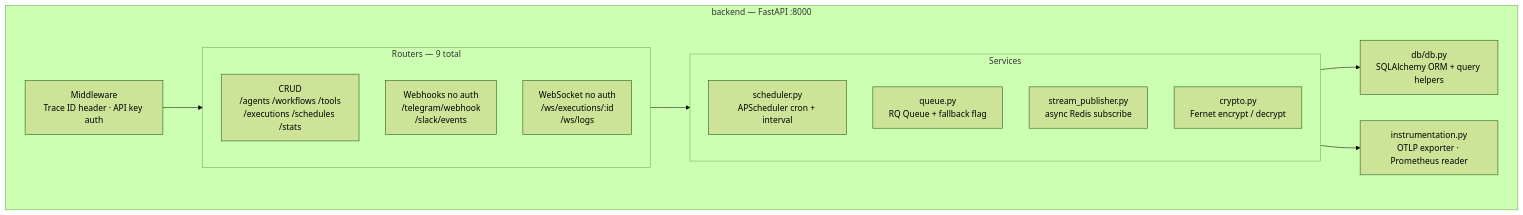
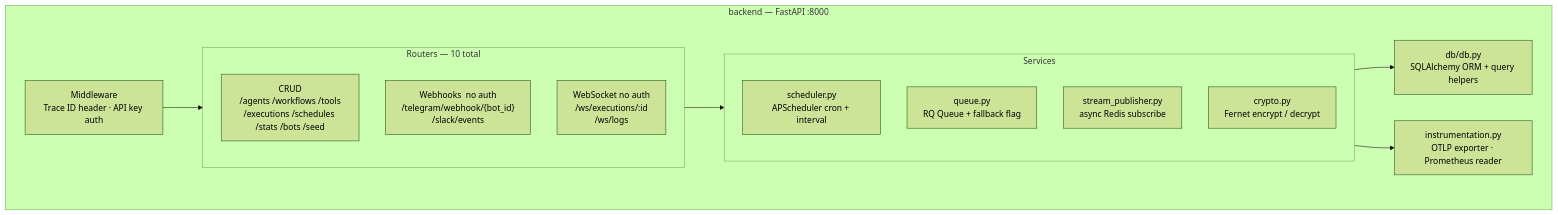
Before and after one commit to namratesh/AI-Agent-Orchestration-Platform: the third of 10 diagrams in documents/architecture.md, drawn with Mermaid (forest theme). The commit also changed other lines of this file and 3 other files, not shown here.

````diff
--- a/documents/architecture.md
+++ b/documents/architecture.md
@@ -85,27 +85,27 @@
 ```mermaid
 graph TD
     subgraph BACK["backend — FastAPI :8000"]
         MW["Middleware\nTrace ID header · API key auth"]
 
-        subgraph ROUTERS["Routers — 9 total"]
-            CRUD_R["CRUD\n/agents /workflows /tools\n/executions /schedules /stats"]
-            HOOK_R["Webhooks  no auth\n/telegram/webhook\n/slack/events"]
+        subgraph ROUTERS["Routers — 10 total"]
+            CRUD_R["CRUD\n/agents /workflows /tools\n/executions /schedules /stats /bots /seed"]
+            HOOK_R["Webhooks  no auth\n/telegram/webhook/{bot_id}\n/slack/events"]
             WS_R["WebSocket  no auth\n/ws/executions/:id\n/ws/logs"]
         end
 
         subgraph SERVICES["Services"]
             SCHED_S["scheduler.py\nAPScheduler cron + interval"]
             QUEUE_S["queue.py\nRQ Queue + fallback flag"]
             STREAM_S["stream_publisher.py\nasync Redis subscribe"]
             CRYPTO_S["crypto.py\nFernet encrypt / decrypt"]
         end
 
         DB_H["db/db.py\nSQLAlchemy ORM + query helpers"]
         INSTR["instrumentation.py\nOTLP exporter · Prometheus reader"]
     end
 
     MW       --> ROUTERS
     ROUTERS  --> SERVICES
     SERVICES --> DB_H
     SERVICES --> INSTR
 ```
````
